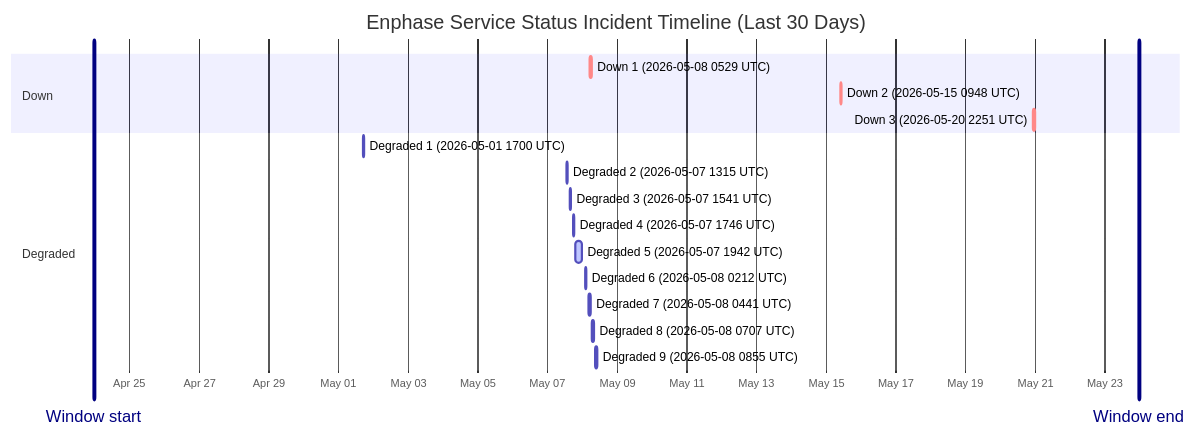
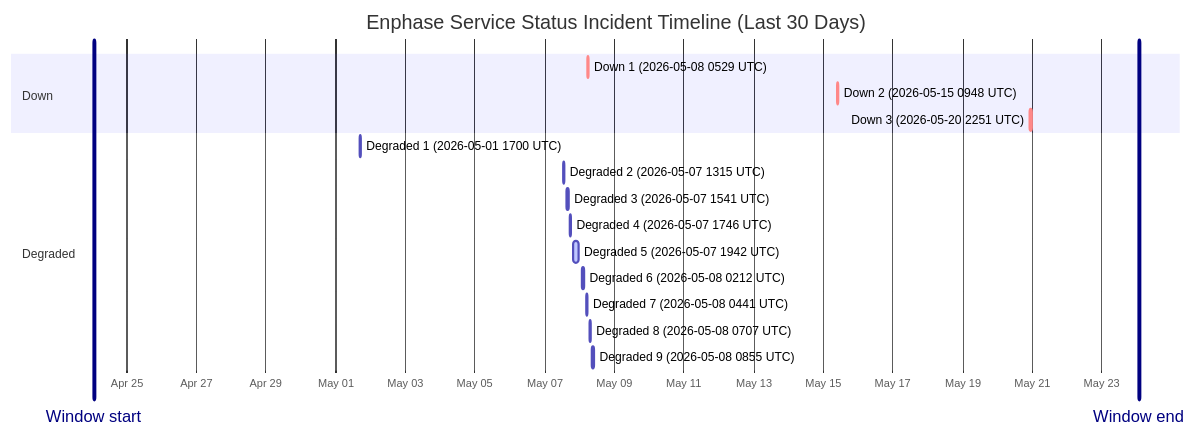
The diagram in wiki/Service-Status-History.md (barneyonline/ha-enphase-ev-charger), drawn with Mermaid before and after one commit. The commit also changed other lines of this file and 3 other files, not shown here.

````diff
--- a/wiki/Service-Status-History.md
+++ b/wiki/Service-Status-History.md
@@ -14,22 +14,22 @@
 ```mermaid
 gantt
     title Enphase Service Status Incident Timeline (Last 30 Days)
     dateFormat  YYYY-MM-DDTHH:mm:ss
     axisFormat  %b %d
-    Window start :vert, window-start, 2026-04-23T23:29:19, 0ms
-    Window end :vert, window-end, 2026-05-23T23:29:19, 0ms
+    Window start :vert, window-start, 2026-04-24T01:31:14, 0ms
+    Window end :vert, window-end, 2026-05-24T01:31:14, 0ms
     section Down
     Down 1 (2026-05-08 0529 UTC) :crit, down-1, 2026-05-08T05:29:47, 60m
     Down 2 (2026-05-15 0948 UTC) :crit, down-2, 2026-05-15T09:48:18, 60m
     Down 3 (2026-05-20 2251 UTC) :crit, down-3, 2026-05-20T22:51:14, 75m
     section Degraded
     Degraded 1 (2026-05-01 1700 UTC) :active, degraded-1, 2026-05-01T17:00:22, 60m
     Degraded 2 (2026-05-07 1315 UTC) :active, degraded-2, 2026-05-07T13:15:25, 60m
     Degraded 3 (2026-05-07 1541 UTC) :active, degraded-3, 2026-05-07T15:41:58, 60m
     Degraded 4 (2026-05-07 1746 UTC) :active, degraded-4, 2026-05-07T17:46:51, 60m
     Degraded 5 (2026-05-07 1942 UTC) :active, degraded-5, 2026-05-07T19:42:10, 249m
     Degraded 6 (2026-05-08 0212 UTC) :active, degraded-6, 2026-05-08T02:12:39, 60m
     Degraded 7 (2026-05-08 0441 UTC) :active, degraded-7, 2026-05-08T04:41:46, 60m
     Degraded 8 (2026-05-08 0707 UTC) :active, degraded-8, 2026-05-08T07:07:30, 60m
     Degraded 9 (2026-05-08 0855 UTC) :active, degraded-9, 2026-05-08T08:55:20, 88m
 ```
````
